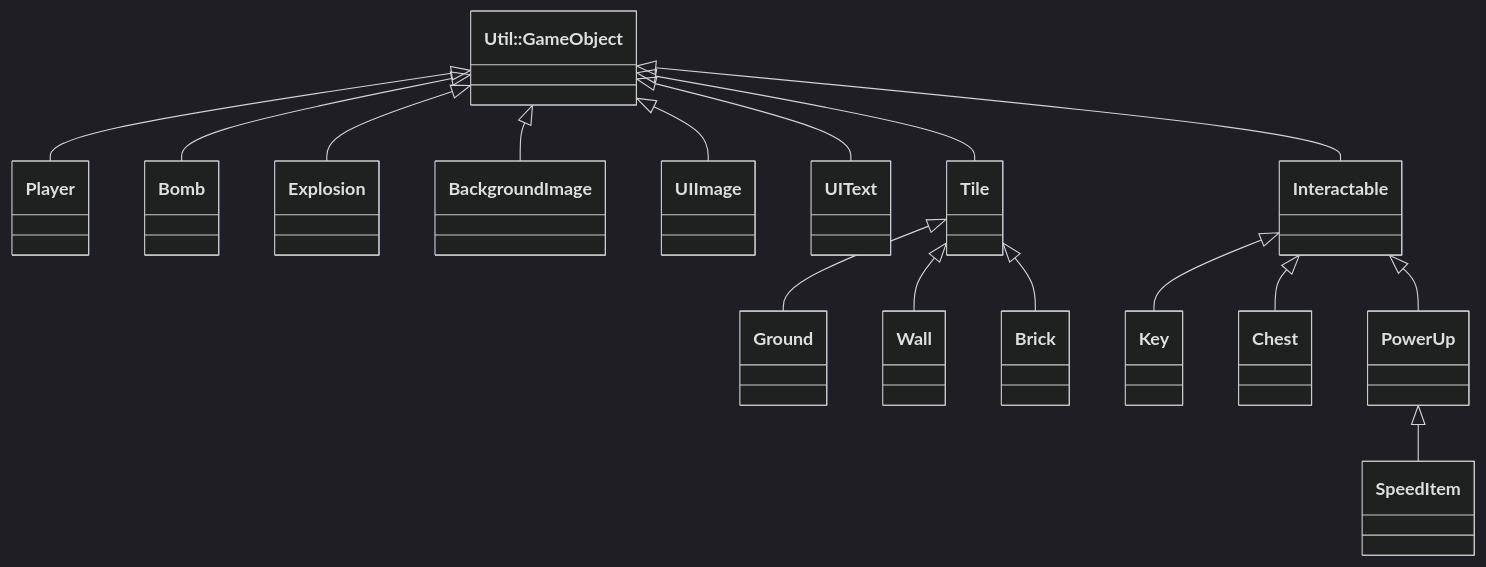
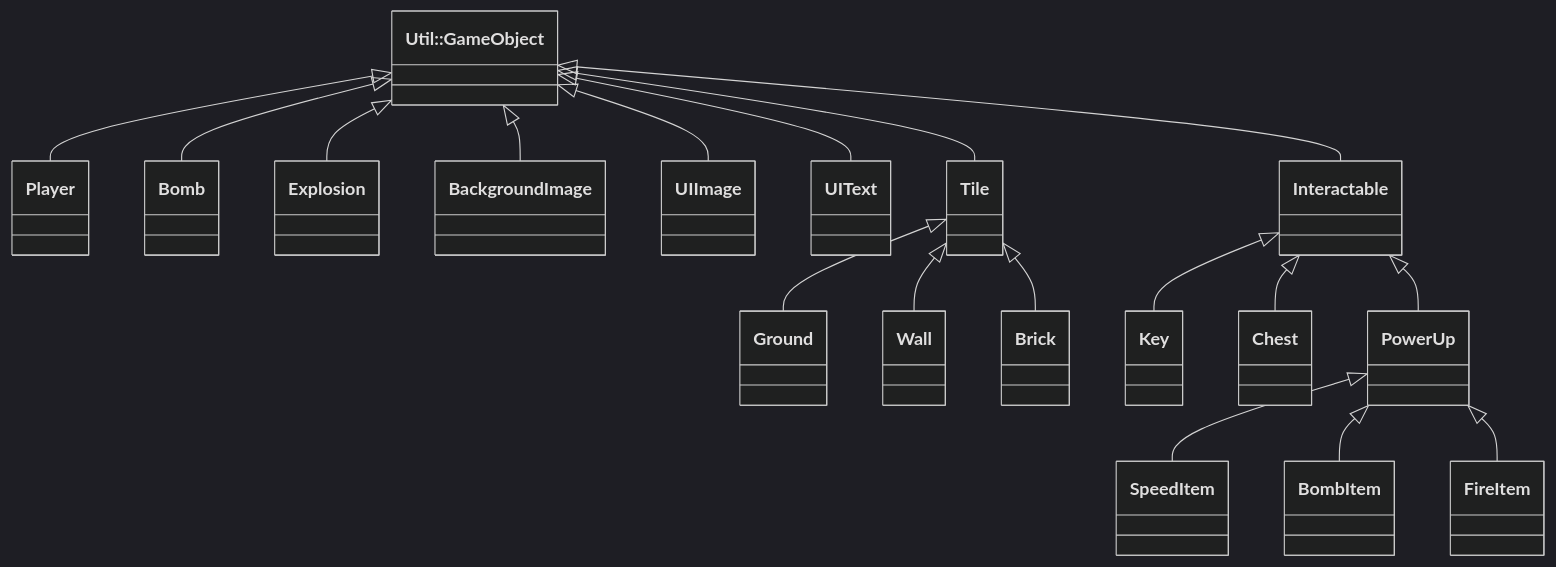
The first of 2 diagrams in Proposal.md (chingyen06/OOPL-Super-Bomberman), drawn with Mermaid (dark theme) before and after one commit. The commit also changed other lines of this file, not shown here.

````diff
--- a/Proposal.md
+++ b/Proposal.md
@@ -159,27 +163,29 @@
 ```mermaid
 classDiagram
     direction TB
     class GameObject["Util::GameObject"]
     class Interactable
     class Tile
     class PowerUp
 
     GameObject <|-- Player
     GameObject <|-- Bomb
     GameObject <|-- Explosion
     GameObject <|-- BackgroundImage
     GameObject <|-- UIImage
     GameObject <|-- UIText
 
     GameObject <|-- Tile
     Tile <|-- Ground
     Tile <|-- Wall
     Tile <|-- Brick
 
     GameObject <|-- Interactable
     Interactable <|-- Key
     Interactable <|-- Chest
     Interactable <|-- PowerUp
     
     PowerUp <|-- SpeedItem
+    PowerUp <|-- BombItem
+    PowerUp <|-- FireItem
 ```
````
